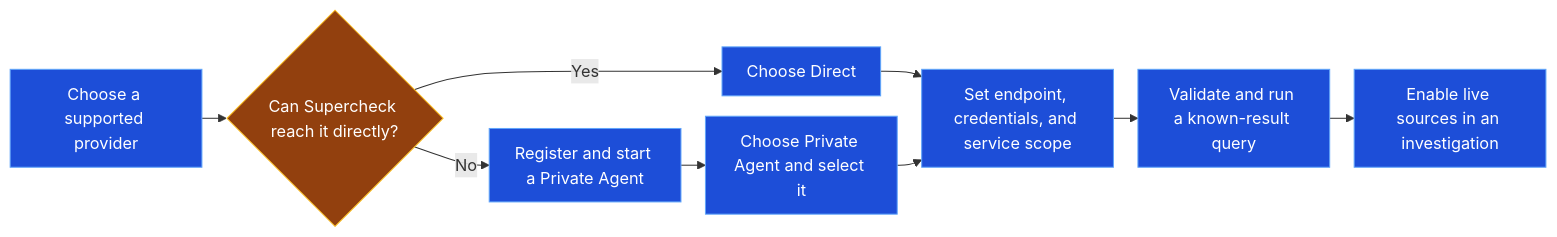
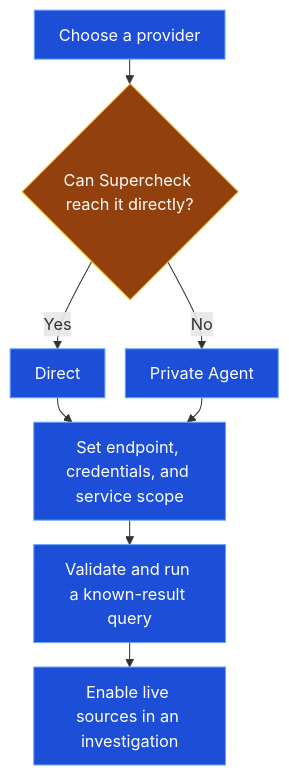
The diagram in docs/content/docs/app/investigate/connectors.mdx (supercheck-io/supercheck), drawn with Mermaid before and after one commit. The commit also changed other lines of this file and 40 other files, not shown here.

````diff
--- a/docs/content/docs/app/investigate/connectors.mdx
+++ b/docs/content/docs/app/investigate/connectors.mdx
@@ -55,17 +35,16 @@
 ```mermaid
 %%{init: {"flowchart":{"nodeSpacing":20,"rankSpacing":24,"padding":12,"wrappingWidth":140}}}%%
-flowchart LR
-    Provider[Choose a supported provider] --> Reachable{Can Supercheck reach it directly?}
-    Reachable -->|Yes|Direct[Choose Direct]
-    Reachable -->|No|Agent[Register and start a Private Agent]
-    Agent --> Private[Choose Private Agent and select it]
+flowchart TB
+    Provider[Choose a provider] --> Reachable{Can Supercheck reach it directly?}
+    Reachable -->|Yes| Direct[Direct]
+    Reachable -->|No| Agent[Private Agent]
     Direct --> Configure[Set endpoint, credentials, and service scope]
-    Private --> Configure
+    Agent --> Configure
     Configure --> Validate[Validate and run a known-result query]
     Validate --> Use[Enable live sources in an investigation]
 
     classDef action fill:#1d4ed8,stroke:#60a5fa,color:#fff
     classDef decision fill:#92400e,stroke:#fbbf24,color:#fff
-    class Provider,Direct,Agent,Private,Configure,Validate,Use action
+    class Provider,Direct,Agent,Configure,Validate,Use action
     class Reachable decision
 ```
````
